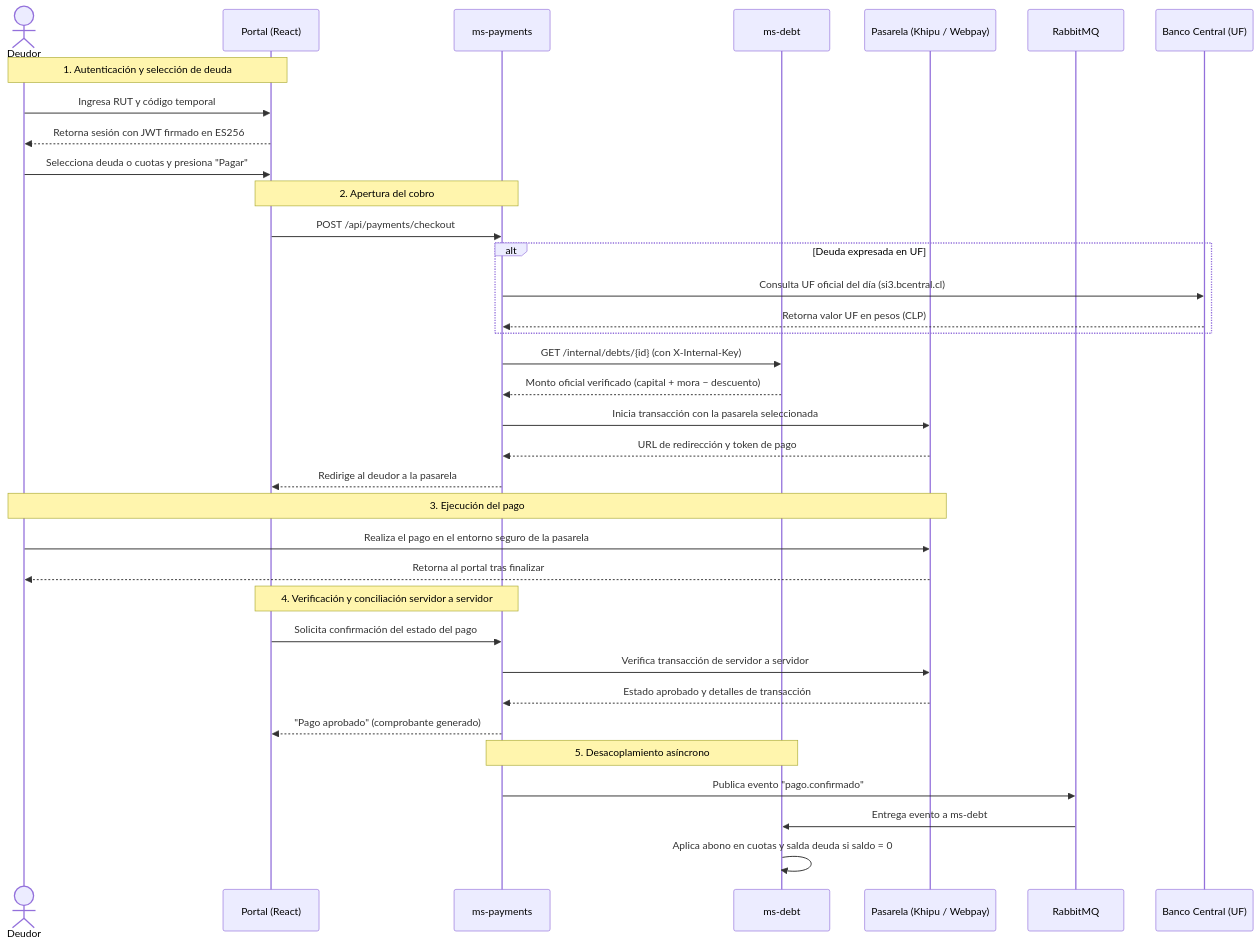
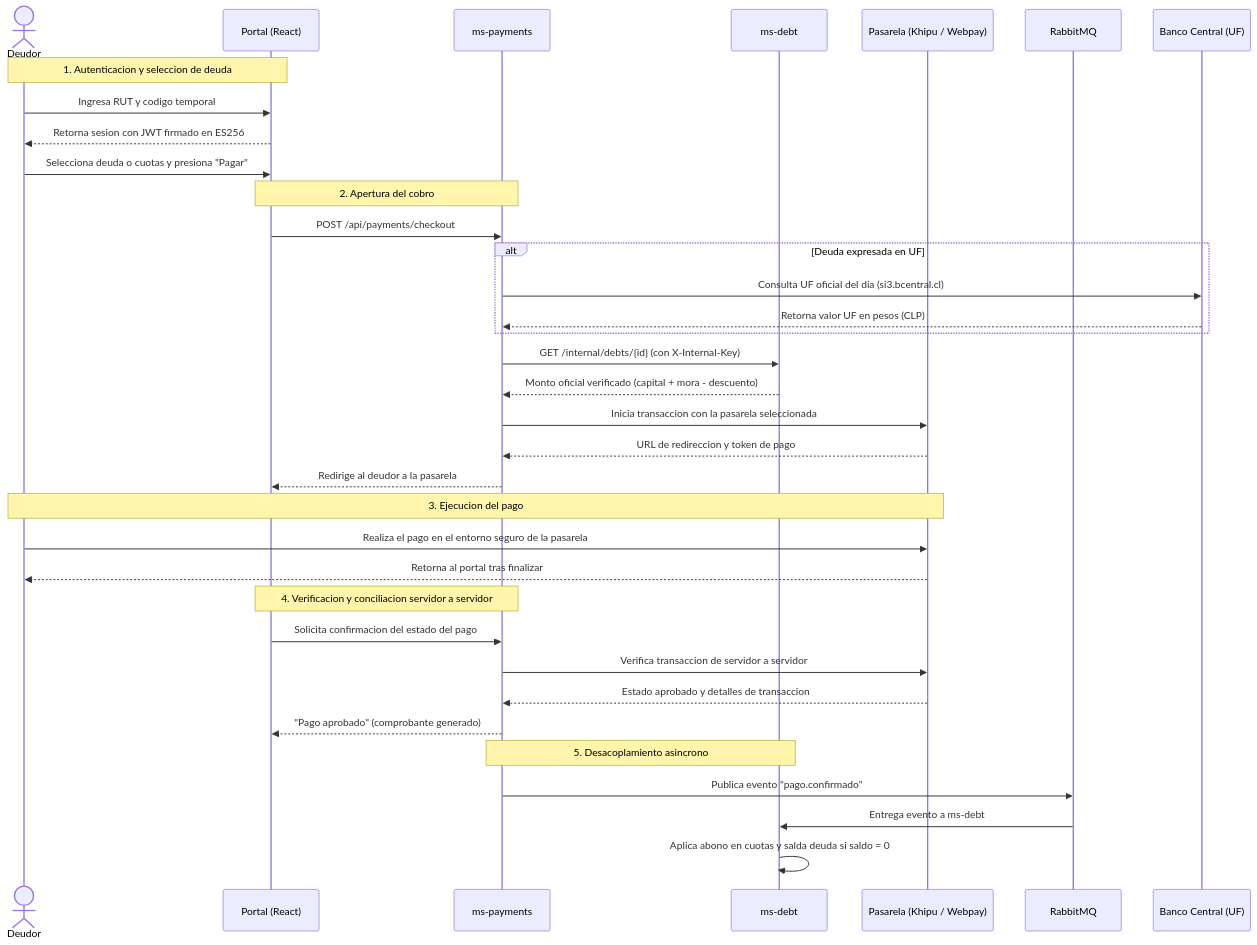
Before and after one commit to TechnicalBridge/DataBridge: the diagram in README.md, drawn with Mermaid. The commit also changed other lines of this file and 20 other files, not shown here.

````diff
--- a/README.md
+++ b/README.md
@@ -275,42 +287,42 @@
 ```mermaid
 sequenceDiagram
     actor D as Deudor
     participant P as Portal (React)
     participant Y as ms-payments
     participant M as ms-debt
     participant K as Pasarela (Khipu / Webpay)
     participant R as RabbitMQ
     participant B as Banco Central (UF)
 
-    Note over D,P: 1. Autenticación y selección de deuda
-    D->>P: Ingresa RUT y código temporal
-    P-->>D: Retorna sesión con JWT firmado en ES256
+    Note over D,P: 1. Autenticacion y seleccion de deuda
+    D->>P: Ingresa RUT y codigo temporal
+    P-->>D: Retorna sesion con JWT firmado en ES256
     D->>P: Selecciona deuda o cuotas y presiona "Pagar"
 
     Note over P,Y: 2. Apertura del cobro
     P->>Y: POST /api/payments/checkout
     alt Deuda expresada en UF
-        Y->>B: Consulta UF oficial del día (si3.bcentral.cl)
+        Y->>B: Consulta UF oficial del dia (si3.bcentral.cl)
         B-->>Y: Retorna valor UF en pesos (CLP)
     end
     Y->>M: GET /internal/debts/{id} (con X-Internal-Key)
-    M-->>Y: Monto oficial verificado (capital + mora − descuento)
-    Y->>K: Inicia transacción con la pasarela seleccionada
-    K-->>Y: URL de redirección y token de pago
+    M-->>Y: Monto oficial verificado (capital + mora - descuento)
+    Y->>K: Inicia transaccion con la pasarela seleccionada
+    K-->>Y: URL de redireccion y token de pago
     Y-->>P: Redirige al deudor a la pasarela
 
-    Note over D,K: 3. Ejecución del pago
+    Note over D,K: 3. Ejecucion del pago
     D->>K: Realiza el pago en el entorno seguro de la pasarela
     K-->>D: Retorna al portal tras finalizar
 
-    Note over P,Y: 4. Verificación y conciliación servidor a servidor
-    P->>Y: Solicita confirmación del estado del pago
-    Y->>K: Verifica transacción de servidor a servidor
-    K-->>Y: Estado aprobado y detalles de transacción
+    Note over P,Y: 4. Verificacion y conciliacion servidor a servidor
+    P->>Y: Solicita confirmacion del estado del pago
+    Y->>K: Verifica transaccion de servidor a servidor
+    K-->>Y: Estado aprobado y detalles de transaccion
     Y-->>P: "Pago aprobado" (comprobante generado)
 
-    Note over Y,M: 5. Desacoplamiento asíncrono
+    Note over Y,M: 5. Desacoplamiento asincrono
     Y->>R: Publica evento "pago.confirmado"
     R->>M: Entrega evento a ms-debt
     M->>M: Aplica abono en cuotas y salda deuda si saldo = 0
 ```
````
